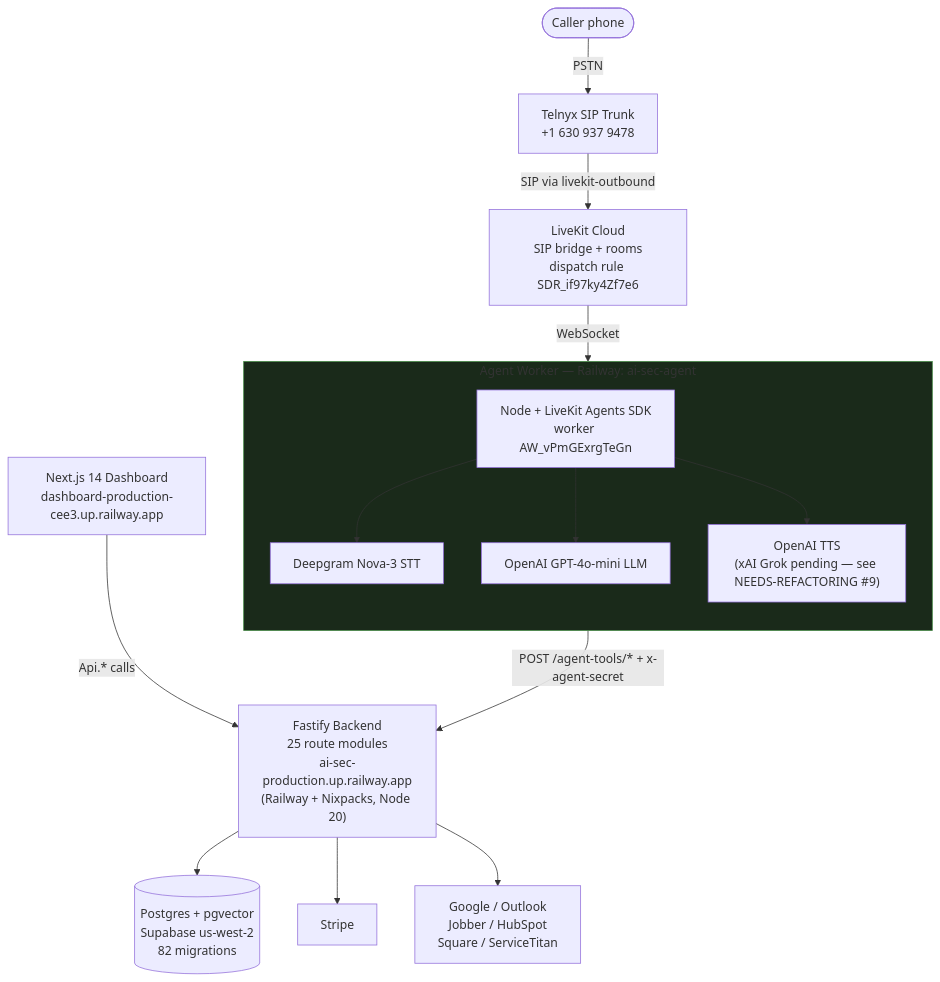
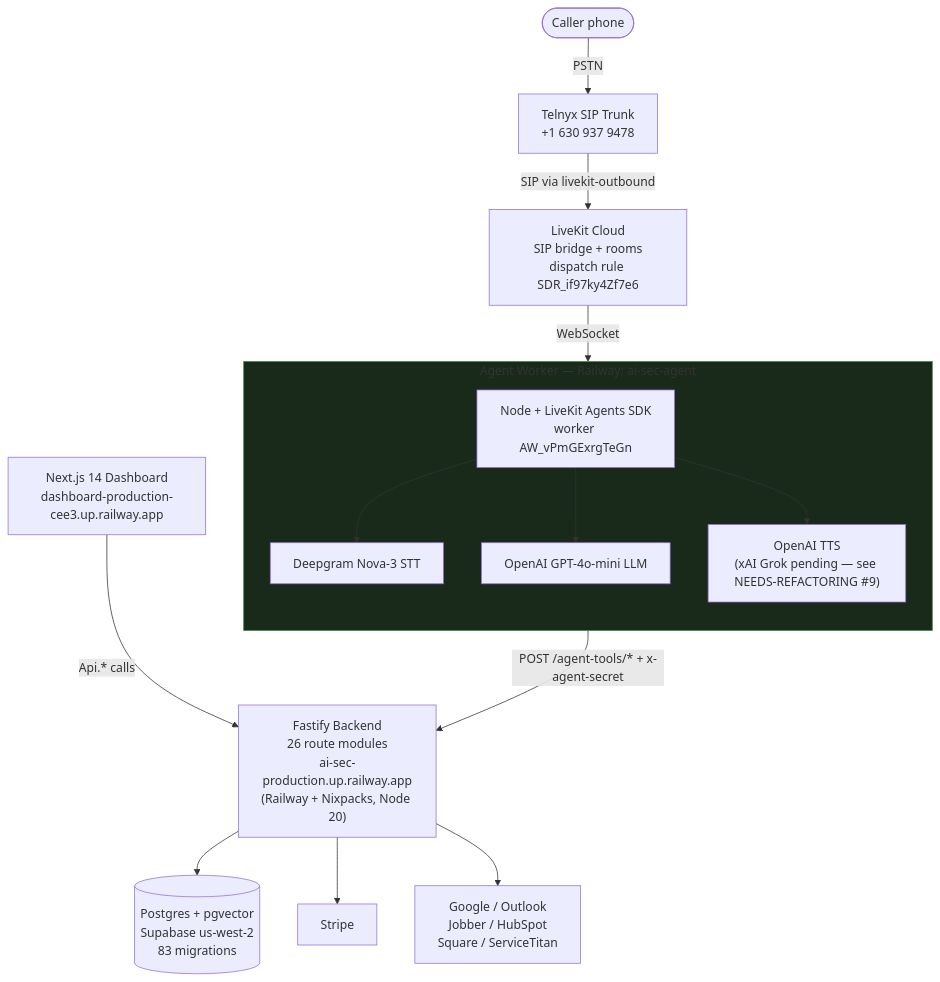
Before and after one commit to ddemott/ai-sec: the first of 11 diagrams in docs/DIAGRAMS.md, drawn with Mermaid. The commit also changed 7 other files, not shown here.

````diff
--- a/docs/DIAGRAMS.md
+++ b/docs/DIAGRAMS.md
@@ -27,37 +27,37 @@
 ```mermaid
 flowchart TB
   Caller([Caller phone])
   Telnyx["Telnyx SIP Trunk<br/>+1 630 937 9478"]
   Caller -->|PSTN| Telnyx
 
   LiveKit["LiveKit Cloud<br/>SIP bridge + rooms<br/>dispatch rule SDR_if97ky4Zf7e6"]
   Telnyx -->|SIP via livekit-outbound| LiveKit
 
   subgraph agentBox["Agent Worker — Railway: ai-sec-agent"]
     direction TB
     Agent["Node + LiveKit Agents SDK<br/>worker AW_vPmGExrgTeGn"]
     DG["Deepgram Nova-3 STT"]
     OAI["OpenAI GPT-4o-mini LLM"]
     TTS["OpenAI TTS<br/>(xAI Grok pending — see NEEDS-REFACTORING #9)"]
     Agent --> DG
     Agent --> OAI
     Agent --> TTS
   end
 
   LiveKit -->|WebSocket| Agent
 
-  Fastify["Fastify Backend<br/>25 route modules<br/>ai-sec-production.up.railway.app<br/>(Railway + Nixpacks, Node 20)"]
+  Fastify["Fastify Backend<br/>26 route modules<br/>ai-sec-production.up.railway.app<br/>(Railway + Nixpacks, Node 20)"]
   Agent -->|POST /agent-tools/* + x-agent-secret| Fastify
 
-  Postgres[("Postgres + pgvector<br/>Supabase us-west-2<br/>82 migrations")]
+  Postgres[("Postgres + pgvector<br/>Supabase us-west-2<br/>83 migrations")]
   Stripe["Stripe"]
   Integrations["Google / Outlook<br/>Jobber / HubSpot<br/>Square / ServiceTitan"]
   Dashboard["Next.js 14 Dashboard<br/>dashboard-production-cee3.up.railway.app"]
 
   Fastify --> Postgres
   Fastify --> Stripe
   Fastify --> Integrations
   Dashboard -->|Api.* calls| Fastify
 
   style agentBox fill:#1a2a1a,stroke:#484
 ```
````
